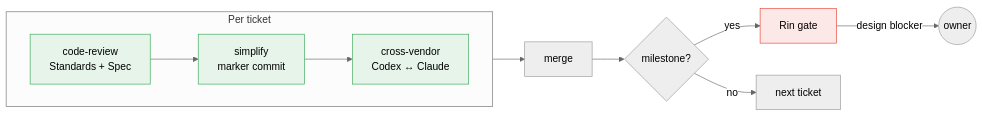
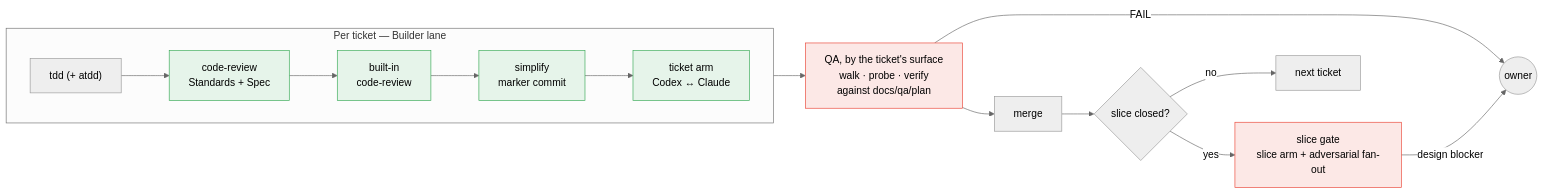
One commit to thientranhung/astragentic changed the third of 3 diagrams in README.md. Above: the diagram before and after it, drawn with Mermaid (neutral theme). The commit also changed other lines of this file and 53 other files, not shown here.

````diff
--- a/README.md
+++ b/README.md
@@ -160,17 +157,21 @@
 ```mermaid
 flowchart LR
-    subgraph PT["Per ticket"]
+    subgraph PT["Per ticket — Builder lane"]
         direction LR
-        R1["code-review\nStandards + Spec"] --> R2["simplify\nmarker commit"] --> R3["cross-vendor\nCodex ↔ Claude"]
+        R0["tdd (+ atdd)"] --> R1["code-review\nStandards + Spec"] --> R2["built-in\ncode-review"] --> R3["simplify\nmarker commit"] --> R4["ticket arm\nCodex ↔ Claude"]
     end
-    PT --> M["merge"]
-    M --> RM{"milestone?"}
-    RM -->|yes| Rin["Rin gate"]
-    RM -->|no| Next["next ticket"]
-    Rin -->|design blocker| Owner(("owner"))
+    PT --> QA["QA, by the ticket's surface\nwalk · probe · verify\nagainst docs/qa/plan"]
+    QA --> M["merge"]
+    M --> SC{"slice closed?"}
+    SC -->|yes| SG["slice gate\nslice arm + adversarial fan-out"]
+    SC -->|no| Next["next ticket"]
+    QA -->|FAIL| Owner(("owner"))
+    SG -->|design blocker| Owner
 
     style R1 fill:#e6f4ea,stroke:#34a853
     style R2 fill:#e6f4ea,stroke:#34a853
     style R3 fill:#e6f4ea,stroke:#34a853
-    style Rin fill:#fce8e6,stroke:#ea4335
+    style R4 fill:#e6f4ea,stroke:#34a853
+    style QA fill:#fce8e6,stroke:#ea4335
+    style SG fill:#fce8e6,stroke:#ea4335
 ```
````
